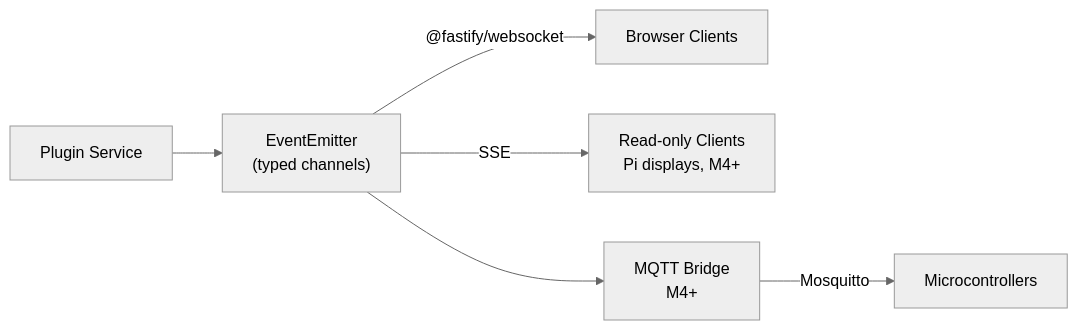
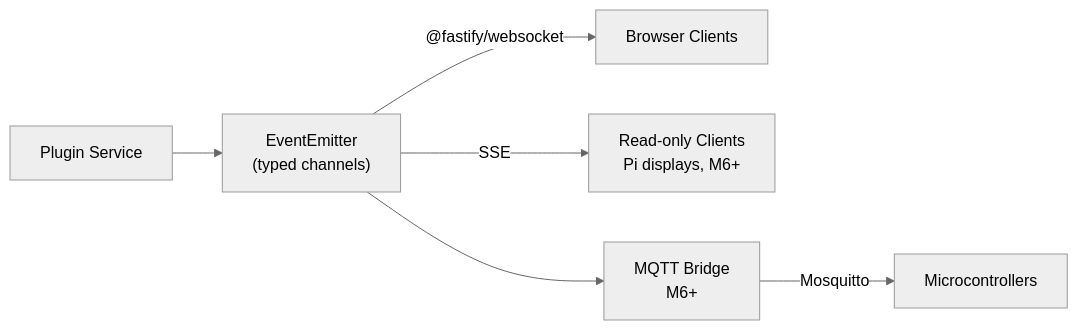
One commit to inquisitive-ginger/vireo changed the second of 2 diagrams in docs/architecture.md. Above: the diagram before and after it, drawn with Mermaid (neutral theme). The commit also changed other lines of this file and 30 other files, not shown here.

````diff
--- a/docs/architecture.md
+++ b/docs/architecture.md
@@ -191,8 +201,8 @@
 ```mermaid
 flowchart LR
   P["Plugin Service"] --> EB["EventEmitter\n(typed channels)"]
   EB -->|"@fastify/websocket"| B["Browser Clients"]
-  EB -->|SSE| R["Read-only Clients\nPi displays, M4+"]
-  EB --> MB["MQTT Bridge\nM4+"]
+  EB -->|SSE| R["Read-only Clients\nPi displays, M6+"]
+  EB --> MB["MQTT Bridge\nM6+"]
   MB -->|Mosquitto| MCU["Microcontrollers"]
 ```
````
